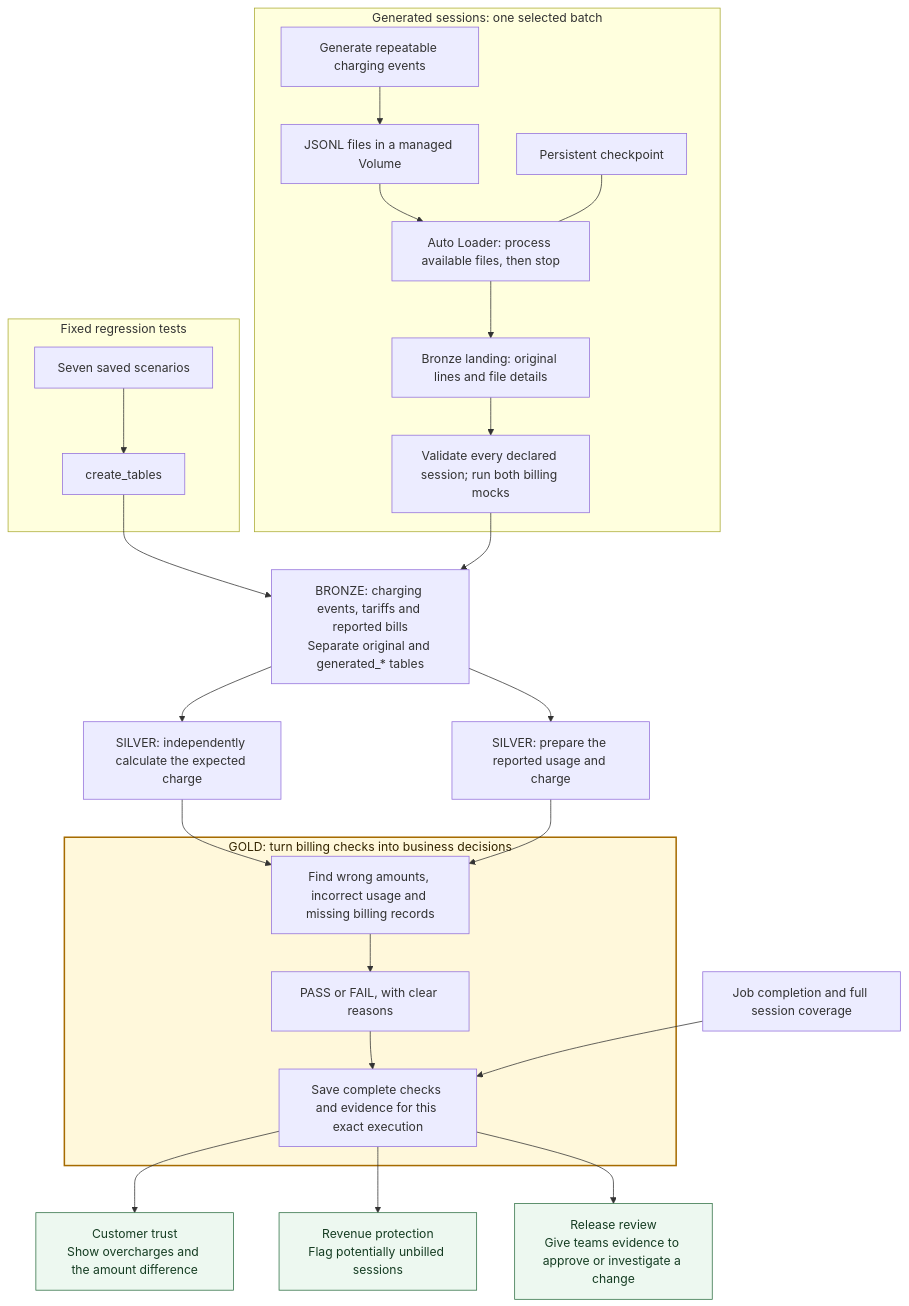
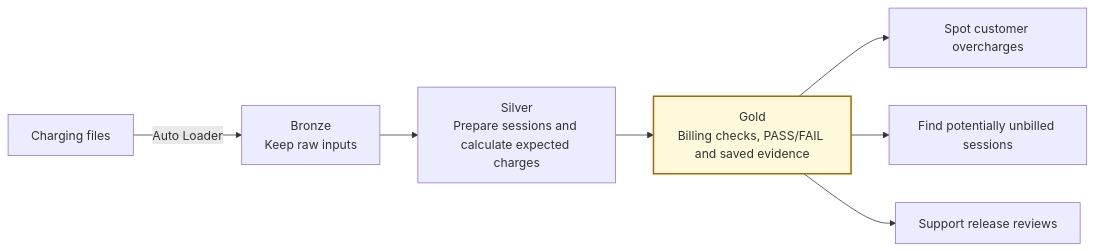
Before and after one commit to Selim-Abouleila/ChargeAssert: the diagram in README.md, drawn with Mermaid. The commit also changed other lines of this file, not shown here.

Commit message:
docs: simplify README around purpose and business value

````diff
--- a/README.md
+++ b/README.md
@@ -52,31 +23,10 @@
 ```mermaid
-flowchart TB
-    subgraph Fixed["Fixed regression tests"]
-        Fixtures["Seven saved scenarios"] --> FixedJob["create_tables"]
-    end
-    subgraph Generated["Generated sessions: one selected batch"]
-        Generator["Generate repeatable charging events"] --> Files["JSONL files in a managed Volume"]
-        Files --> Loader["Auto Loader: process available files, then stop"]
-        Checkpoint["Persistent checkpoint"] --- Loader
-        Loader --> Landing["Bronze landing: original lines and file details"]
-        Landing --> Evaluate["Validate every declared session; run both billing mocks"]
-    end
-    FixedJob --> Bronze["BRONZE: charging events, tariffs and reported bills<br/>Separate original and generated_* tables"]
-    Evaluate --> Bronze
-    Bronze --> Expected["SILVER: independently calculate the expected charge"]
-    Bronze --> Actual["SILVER: prepare the reported usage and charge"]
-    Expected --> Checks
-    Actual --> Checks
-    subgraph Gold["GOLD: turn billing checks into business decisions"]
-        Checks["Find wrong amounts, incorrect usage and missing billing records"]
-        Checks --> Verdict["PASS or FAIL, with clear reasons"]
-        Verdict --> History["Save complete checks and evidence for this exact execution"]
-    end
-    Execution["Job completion and full session coverage"] --> History
-    History --> Customers["Customer trust<br/>Show overcharges and the amount difference"]
-    History --> Revenue["Revenue protection<br/>Flag potentially unbilled sessions"]
-    History --> Release["Release review<br/>Give teams evidence to approve or investigate a change"]
-    style Gold fill:#fff8db,stroke:#a66b00,stroke-width:2px,color:#332400
-    classDef business fill:#edf8f0,stroke:#2f7044,color:#163d23
-    class Customers,Revenue,Release business
+flowchart LR
+    Files["Charging files"] -->|Auto Loader| Bronze["Bronze<br/>Keep raw inputs"]
+    Bronze --> Silver["Silver<br/>Prepare sessions and calculate expected charges"]
+    Silver --> Gold["Gold<br/>Billing checks, PASS/FAIL and saved evidence"]
+    Gold --> Customers["Spot customer overcharges"]
+    Gold --> Revenue["Find potentially unbilled sessions"]
+    Gold --> Releases["Support release reviews"]
+    style Gold fill:#fff8db,stroke:#a66b00,stroke-width:2px
 ```
````
